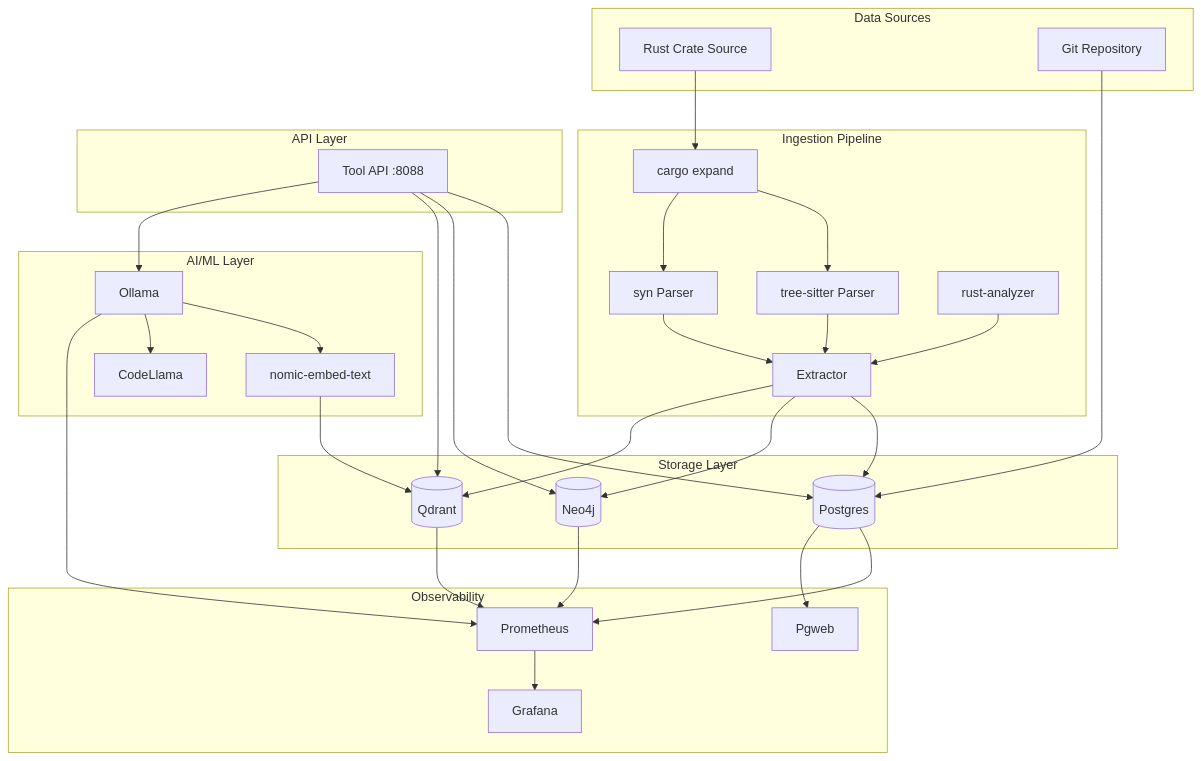
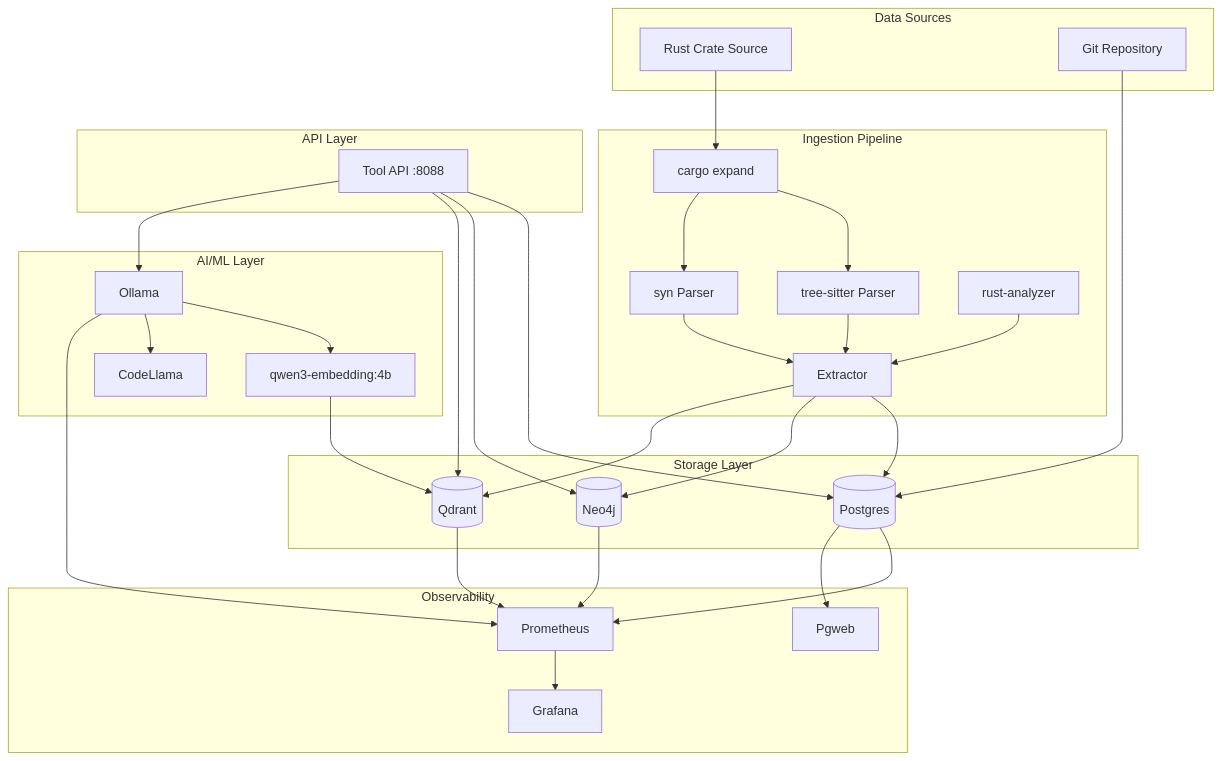
One commit to jarnura/rust-brain changed the first of 4 diagrams in docs/architecture.md. Above: the diagram before and after it, drawn with Mermaid. The commit also changed other lines of this file and 9 other files, not shown here.

````diff
--- a/docs/architecture.md
+++ b/docs/architecture.md
@@ -7,65 +7,65 @@
 ```mermaid
 graph TB
     subgraph "Data Sources"
         RS[Rust Crate Source]
         GIT[Git Repository]
     end
 
     subgraph "Ingestion Pipeline"
         CE[cargo expand]
         TS[tree-sitter Parser]
         SYN[syn Parser]
         RA[rust-analyzer]
         EXT[Extractor]
     end
 
     subgraph "Storage Layer"
         PG[(Postgres)]
         N4J[(Neo4j)]
         QD[(Qdrant)]
     end
 
     subgraph "AI/ML Layer"
         OLL[Ollama]
-        EMB[nomic-embed-text]
+        EMB[qwen3-embedding:4b]
         LLM[CodeLlama]
     end
 
     subgraph "API Layer"
         API[Tool API :8088]
     end
 
     subgraph "Observability"
         PROM[Prometheus]
         GF[Grafana]
         PGWEB[Pgweb]
     end
 
     RS --> CE
     CE --> TS
     CE --> SYN
     TS --> EXT
     SYN --> EXT
     RA --> EXT
     GIT --> PG
 
     EXT --> PG
     EXT --> N4J
     EXT --> QD
 
     OLL --> EMB
     OLL --> LLM
     EMB --> QD
 
     API --> PG
     API --> N4J
     API --> QD
     API --> OLL
 
     PG --> PROM
     N4J --> PROM
     QD --> PROM
     OLL --> PROM
     PROM --> GF
     PG --> PGWEB
 ```
````
